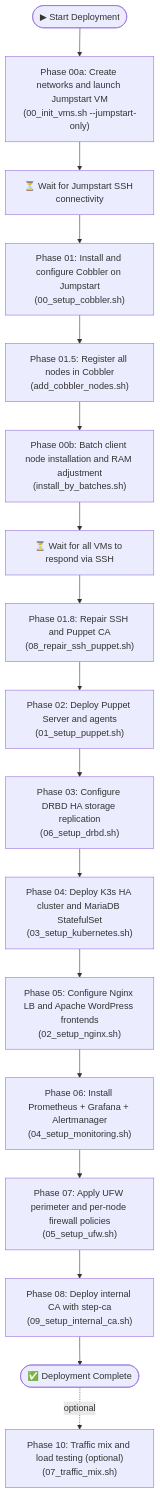
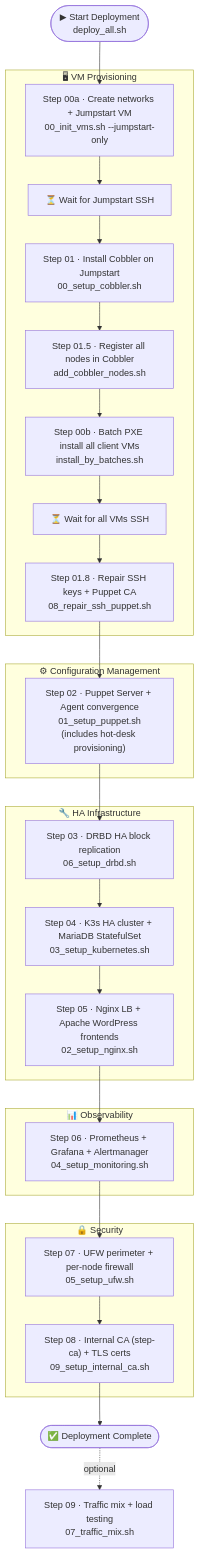
Before and after one commit to Aitor42/CMS-HA-Infrastructure: the third of 3 diagrams in docs/NETWORK_DIAGRAM.md, drawn with Mermaid. The commit also changed other lines of this file and 1 other file, not shown here.

First line of the commit message:
docs: improve Mermaid diagrams for clarity and completeness

````diff
--- a/docs/NETWORK_DIAGRAM.md
+++ b/docs/NETWORK_DIAGRAM.md
@@ -170,40 +212,53 @@
 ```mermaid
 graph TD
-    START(["▶ Start Deployment"])
+    START(["▶ Start Deployment<br/>deploy_all.sh"])
 
-    PHASE00A["Phase 00a: Create networks and launch Jumpstart VM<br/>(00_init_vms.sh --jumpstart-only)"]
-    WAIT_JS["⏳ Wait for Jumpstart SSH connectivity"]
-    PHASE01["Phase 01: Install and configure Cobbler on Jumpstart<br/>(00_setup_cobbler.sh)"]
-    PHASE015["Phase 01.5: Register all nodes in Cobbler<br/>(add_cobbler_nodes.sh)"]
-    PHASE00B["Phase 00b: Batch client node installation and RAM adjustment<br/>(install_by_batches.sh)"]
-    WAIT_NODES["⏳ Wait for all VMs to respond via SSH"]
-    PHASE018["Phase 01.8: Repair SSH and Puppet CA<br/>(08_repair_ssh_puppet.sh)"]
-    PHASE02["Phase 02: Deploy Puppet Server and agents<br/>(01_setup_puppet.sh)"]
-    PHASE07["Phase 03: Configure DRBD HA storage replication<br/>(06_setup_drbd.sh)"]
-    PHASE04["Phase 04: Deploy K3s HA cluster and MariaDB StatefulSet<br/>(03_setup_kubernetes.sh)"]
-    PHASE03["Phase 05: Configure Nginx LB and Apache WordPress frontends<br/>(02_setup_nginx.sh)"]
-    PHASE05["Phase 06: Install Prometheus + Grafana + Alertmanager<br/>(04_setup_monitoring.sh)"]
-    PHASE06["Phase 07: Apply UFW perimeter and per-node firewall policies<br/>(05_setup_ufw.sh)"]
-    PHASE08["Phase 08: Deploy internal CA with step-ca<br/>(09_setup_internal_ca.sh)"]
+    subgraph VM_PROVISION["🖥 VM Provisioning"]
+        STEP00A["Step 00a · Create networks + Jumpstart VM<br/>00_init_vms.sh --jumpstart-only"]
+        WAIT_JS["⏳ Wait for Jumpstart SSH"]
+        STEP01["Step 01 · Install Cobbler on Jumpstart<br/>00_setup_cobbler.sh"]
+        STEP015["Step 01.5 · Register all nodes in Cobbler<br/>add_cobbler_nodes.sh"]
+        STEP00B["Step 00b · Batch PXE install all client VMs<br/>install_by_batches.sh"]
+        WAIT_NODES["⏳ Wait for all VMs SSH"]
+        STEP018["Step 01.8 · Repair SSH keys + Puppet CA<br/>08_repair_ssh_puppet.sh"]
+    end
 
-    TRAFFIC["Phase 10: Traffic mix and load testing (optional)<br/>(07_traffic_mix.sh)"]
+    subgraph CONFIG_MGMT["⚙ Configuration Management"]
+        STEP02["Step 02 · Puppet Server + Agent convergence<br/>01_setup_puppet.sh<br/>(includes hot-desk provisioning)"]
+    end
 
+    subgraph HA_INFRA["🔧 HA Infrastructure"]
+        STEP03["Step 03 · DRBD HA block replication<br/>06_setup_drbd.sh"]
+        STEP04["Step 04 · K3s HA cluster + MariaDB StatefulSet<br/>03_setup_kubernetes.sh"]
+        STEP05["Step 05 · Nginx LB + Apache WordPress frontends<br/>02_setup_nginx.sh"]
+    end
+
+    subgraph OBSERVE["📊 Observability"]
+        STEP06["Step 06 · Prometheus + Grafana + Alertmanager<br/>04_setup_monitoring.sh"]
+    end
+
+    subgraph SECURITY["🔒 Security"]
+        STEP07["Step 07 · UFW perimeter + per-node firewall<br/>05_setup_ufw.sh"]
+        STEP08["Step 08 · Internal CA (step-ca) + TLS certs<br/>09_setup_internal_ca.sh"]
+    end
+
+    TRAFFIC["Step 09 · Traffic mix + load testing<br/>07_traffic_mix.sh"]
     END(["✅ Deployment Complete"])
 
-    START --> PHASE00A
-    PHASE00A --> WAIT_JS
-    WAIT_JS --> PHASE01
-    PHASE01 --> PHASE015
-    PHASE015 --> PHASE00B
-    PHASE00B --> WAIT_NODES
-    WAIT_NODES --> PHASE018
-    PHASE018 --> PHASE02
-    PHASE02 --> PHASE07
-    PHASE07 --> PHASE04
-    PHASE04 --> PHASE03
-    PHASE03 --> PHASE05
-    PHASE05 --> PHASE06
-    PHASE06 --> PHASE08
-    PHASE08 --> END
+    START --> STEP00A
+    STEP00A --> WAIT_JS
+    WAIT_JS --> STEP01
+    STEP01 --> STEP015
+    STEP015 --> STEP00B
+    STEP00B --> WAIT_NODES
+    WAIT_NODES --> STEP018
+    STEP018 --> STEP02
+    STEP02 --> STEP03
+    STEP03 --> STEP04
+    STEP04 --> STEP05
+    STEP05 --> STEP06
+    STEP06 --> STEP07
+    STEP07 --> STEP08
+    STEP08 --> END
     END -.->|"optional"| TRAFFIC
 ```
````
